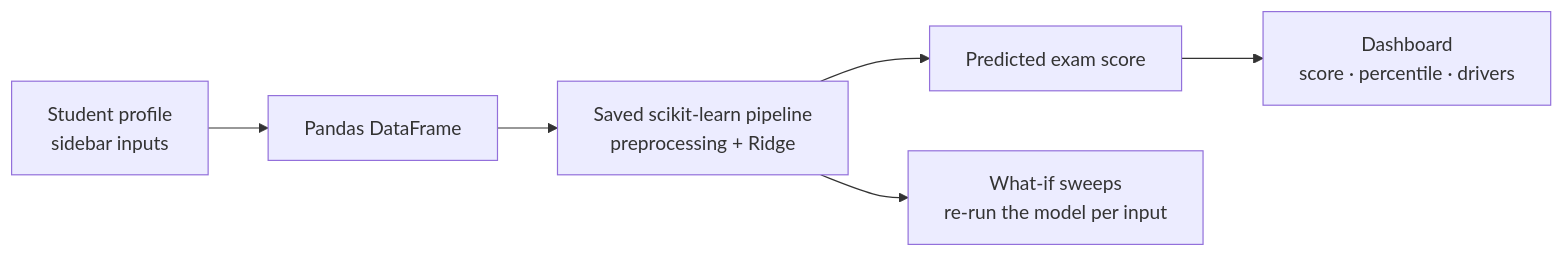
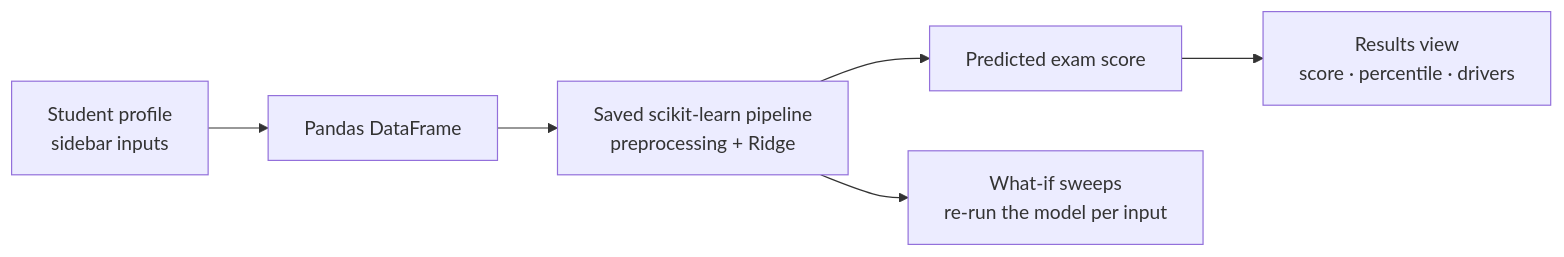
One commit to AbdelrhmanAkl/student-score-ai changed the diagram in README.md. Above: the diagram before and after it, drawn with Mermaid. The commit also changed other lines of this file, not shown here.

````diff
--- a/README.md
+++ b/README.md
@@ -108,8 +87,8 @@
 ```mermaid
 flowchart LR
     A[Student profile<br/>sidebar inputs] --> B[Pandas DataFrame]
     B --> C[Saved scikit-learn pipeline<br/>preprocessing + Ridge]
     C --> D[Predicted exam score]
-    D --> E[Dashboard<br/>score · percentile · drivers]
+    D --> E[Results view<br/>score · percentile · drivers]
     C --> F[What-if sweeps<br/>re-run the model per input]
 ```
````
